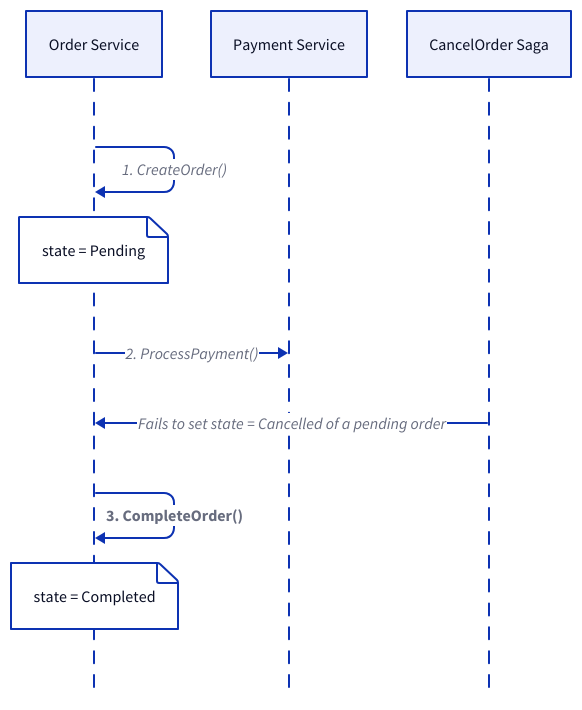
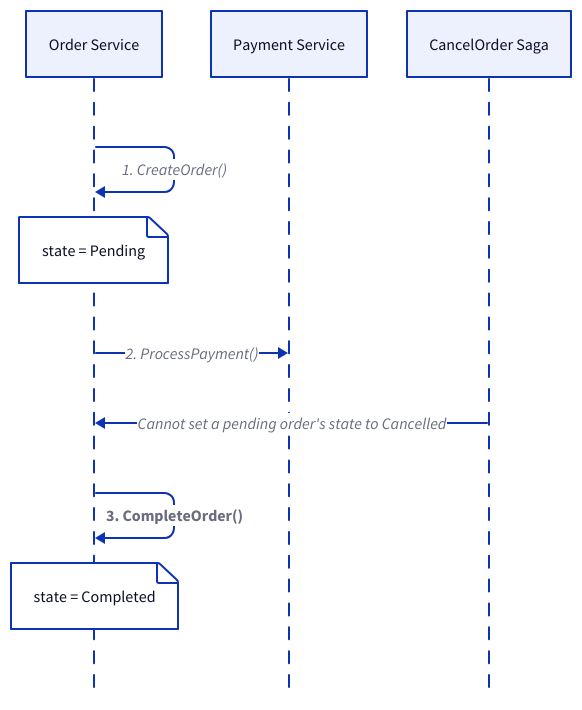
One commit to link1905/system-design-101 changed diagram 13 of 19 in content/design-patterns/distributed-transaction/compensation-protocols.md. Above: the diagram before and after it, drawn with D2. The commit also changed other lines of this file and 42 other files, not shown here.

````diff
--- a/content/design-patterns/distributed-transaction/compensation-protocols.md
+++ b/content/design-patterns/distributed-transaction/compensation-protocols.md
@@ -626,20 +625,20 @@
 ```d2
 shape: sequence_diagram
 o: Order Service
 p: Payment Service
 c: CancelOrder Saga
 o -> o: "1. CreateOrder()"
 o {
    "state = Pending"
 }
 o -> p: "2. ProcessPayment()"
-c -> o: "Fails to set state = Cancelled of a pending order" {
+c -> o: "Cannot set a pending order's state to Cancelled" {
     class: error-conn
 }
 o -> o: "3. CompleteOrder()" {
     style.bold: true
 }
 o {
    "state = Completed"
 }
 ```
````
